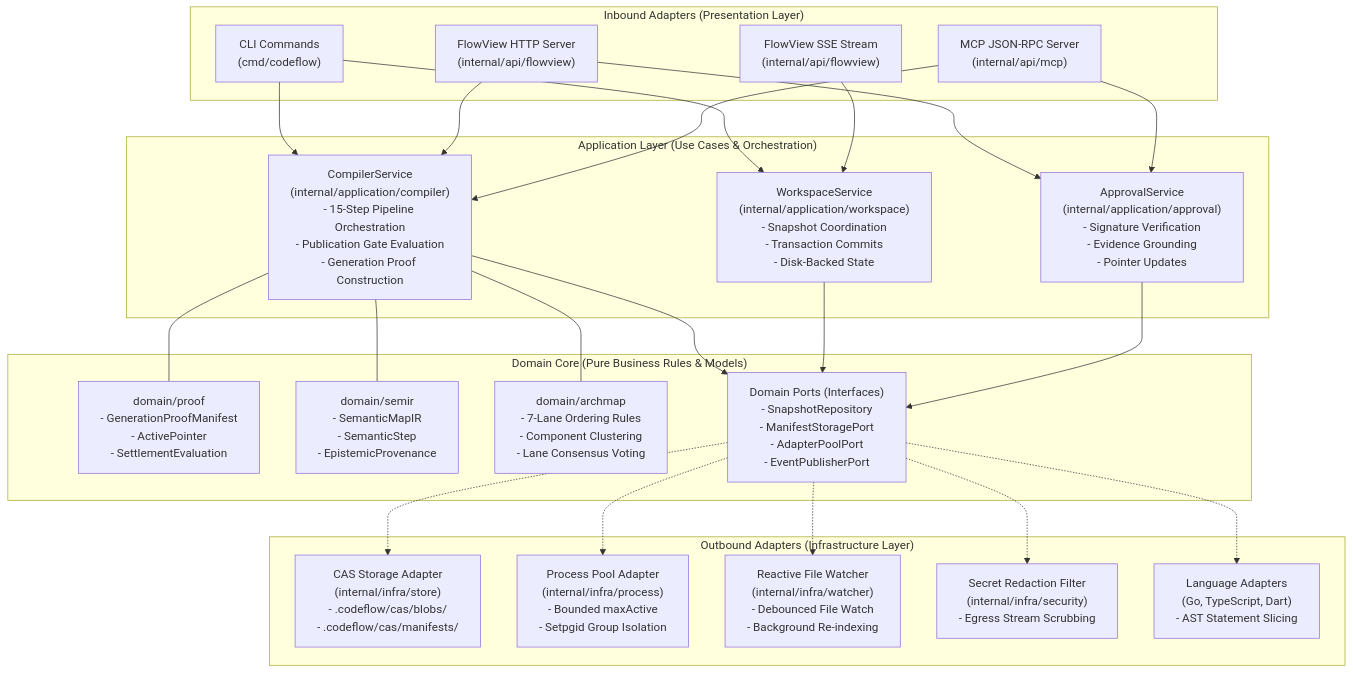
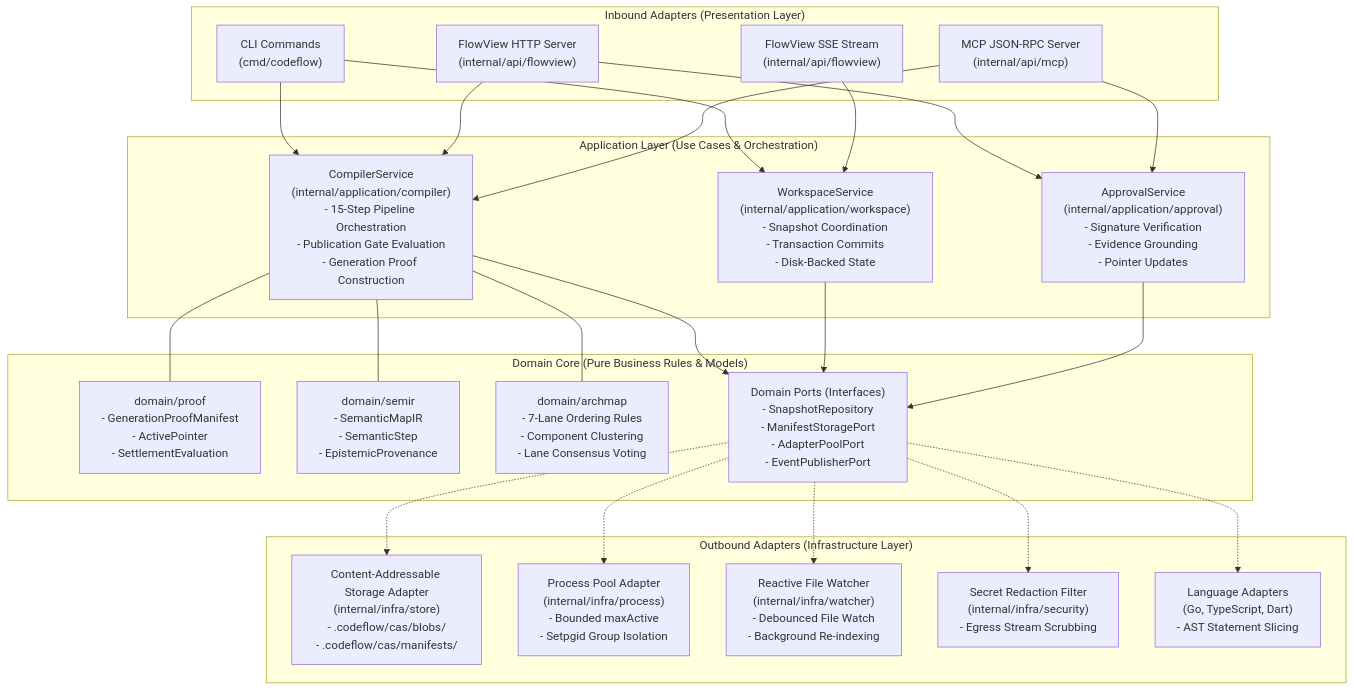
Before and after one commit to cutehackers/codeflow: the first of 4 diagrams in docs/architecture/architecture.md, drawn with Mermaid. The commit also changed other lines of this file and 199 other files, not shown here.

````diff
--- a/docs/architecture/architecture.md
+++ b/docs/architecture/architecture.md
@@ -45,52 +45,52 @@
 ```mermaid
 graph TD
     subgraph InboundAdapters ["Inbound Adapters (Presentation Layer)"]
         CLI["CLI Commands<br/>(cmd/codeflow)"]
         FlowViewHTTP["FlowView HTTP Server<br/>(internal/api/flowview)"]
         FlowViewSSE["FlowView SSE Stream<br/>(internal/api/flowview)"]
         MCP["MCP JSON-RPC Server<br/>(internal/api/mcp)"]
     end
 
     subgraph ApplicationLayer ["Application Layer (Use Cases & Orchestration)"]
         CompilerService["CompilerService<br/>(internal/application/compiler)<br/>- 15-Step Pipeline Orchestration<br/>- Publication Gate Evaluation<br/>- Generation Proof Construction"]
         WorkspaceService["WorkspaceService<br/>(internal/application/workspace)<br/>- Snapshot Coordination<br/>- Transaction Commits<br/>- Disk-Backed State"]
         ApprovalService["ApprovalService<br/>(internal/application/approval)<br/>- Signature Verification<br/>- Evidence Grounding<br/>- Pointer Updates"]
     end
 
     subgraph DomainLayer ["Domain Core (Pure Business Rules & Models)"]
         ProofDomain["domain/proof<br/>- GenerationProofManifest<br/>- ActivePointer<br/>- SettlementEvaluation"]
         SemIRDomain["domain/semir<br/>- SemanticMapIR<br/>- SemanticStep<br/>- EpistemicProvenance"]
         ArchMapDomain["domain/archmap<br/>- 7-Lane Ordering Rules<br/>- Component Clustering<br/>- Lane Consensus Voting"]
         DomainPorts["Domain Ports (Interfaces)<br/>- SnapshotRepository<br/>- ManifestStoragePort<br/>- AdapterPoolPort<br/>- EventPublisherPort"]
     end
 
     subgraph OutboundAdapters ["Outbound Adapters (Infrastructure Layer)"]
-        CASStore["CAS Storage Adapter<br/>(internal/infra/store)<br/>- .codeflow/cas/blobs/<br/>- .codeflow/cas/manifests/"]
+        ContentAddressableStorageStore["Content-Addressable Storage Adapter<br/>(internal/infra/store)<br/>- .codeflow/cas/blobs/<br/>- .codeflow/cas/manifests/"]
         ProcessPool["Process Pool Adapter<br/>(internal/infra/process)<br/>- Bounded maxActive<br/>- Setpgid Group Isolation"]
         ReactiveWatcher["Reactive File Watcher<br/>(internal/infra/watcher)<br/>- Debounced File Watch<br/>- Background Re-indexing"]
         SecretFilter["Secret Redaction Filter<br/>(internal/infra/security)<br/>- Egress Stream Scrubbing"]
         LanguageAdapters["Language Adapters<br/>(Go, TypeScript, Dart)<br/>- AST Statement Slicing"]
     end
 
     CLI --> CompilerService
     CLI --> WorkspaceService
     FlowViewHTTP --> CompilerService
     FlowViewHTTP --> ApprovalService
     FlowViewSSE --> WorkspaceService
     MCP --> CompilerService
     MCP --> ApprovalService
 
     CompilerService --> DomainPorts
     WorkspaceService --> DomainPorts
     ApprovalService --> DomainPorts
 
-    DomainPorts -.-> CASStore
+    DomainPorts -.-> ContentAddressableStorageStore
     DomainPorts -.-> ProcessPool
     DomainPorts -.-> ReactiveWatcher
     DomainPorts -.-> SecretFilter
     DomainPorts -.-> LanguageAdapters
 
     CompilerService --- ProofDomain
     CompilerService --- SemIRDomain
     CompilerService --- ArchMapDomain
 ```
````
